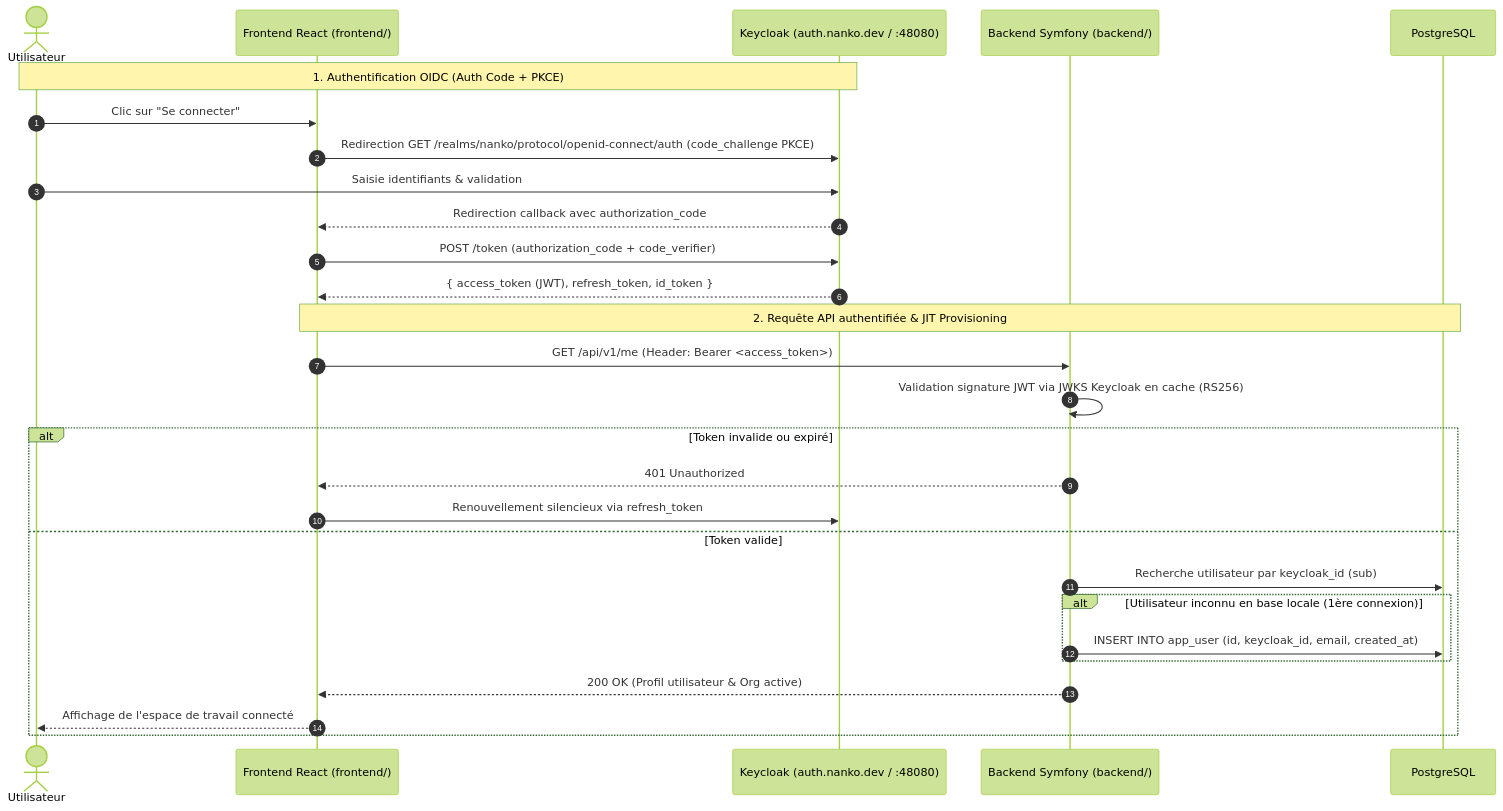
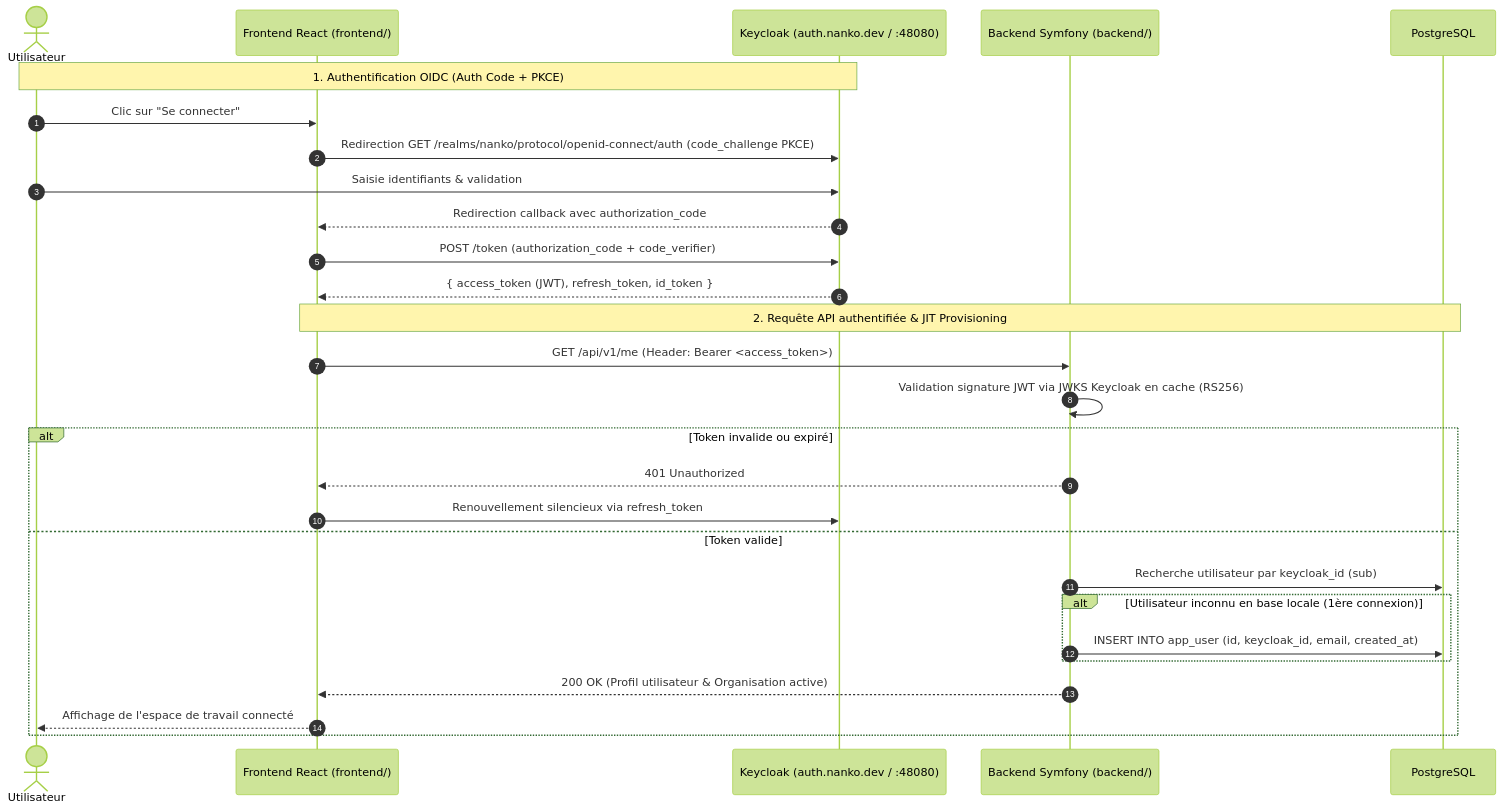
The first of 2 diagrams in .specs/changes/archive/001-keycloak-auth.md (ngdo-pro/nanko), drawn with Mermaid (forest theme) before and after one commit. The commit also changed 9 other files, not shown here.

Commit message:
refactor(domain): standardize ubiquitous language from Org to Organisation (#35)

````diff
--- a/.specs/changes/archive/001-keycloak-auth.md
+++ b/.specs/changes/archive/001-keycloak-auth.md
@@ -36,32 +36,32 @@
 ```mermaid
 sequenceDiagram
     autonumber
     actor U as Utilisateur
     participant F as Frontend React (frontend/)
     participant K as Keycloak (auth.nanko.dev / :48080)
     participant B as Backend Symfony (backend/)
     participant DB as PostgreSQL
 
     Note over U,K: 1. Authentification OIDC (Auth Code + PKCE)
     U->>F: Clic sur "Se connecter"
     F->>K: Redirection GET /realms/nanko/protocol/openid-connect/auth (code_challenge PKCE)
     U->>K: Saisie identifiants & validation
     K-->>F: Redirection callback avec authorization_code
     F->>K: POST /token (authorization_code + code_verifier)
     K-->>F: { access_token (JWT), refresh_token, id_token }
 
     Note over F,DB: 2. Requête API authentifiée & JIT Provisioning
     F->>B: GET /api/v1/me (Header: Bearer <access_token>)
     B->>B: Validation signature JWT via JWKS Keycloak en cache (RS256)
     alt Token invalide ou expiré
         B-->>F: 401 Unauthorized
         F->>K: Renouvellement silencieux via refresh_token
     else Token valide
         B->>DB: Recherche utilisateur par keycloak_id (sub)
         alt Utilisateur inconnu en base locale (1ère connexion)
             B->>DB: INSERT INTO app_user (id, keycloak_id, email, created_at)
         end
-        B-->>F: 200 OK (Profil utilisateur & Org active)
+        B-->>F: 200 OK (Profil utilisateur & Organisation active)
         F-->>U: Affichage de l'espace de travail connecté
     end
 ```
````
